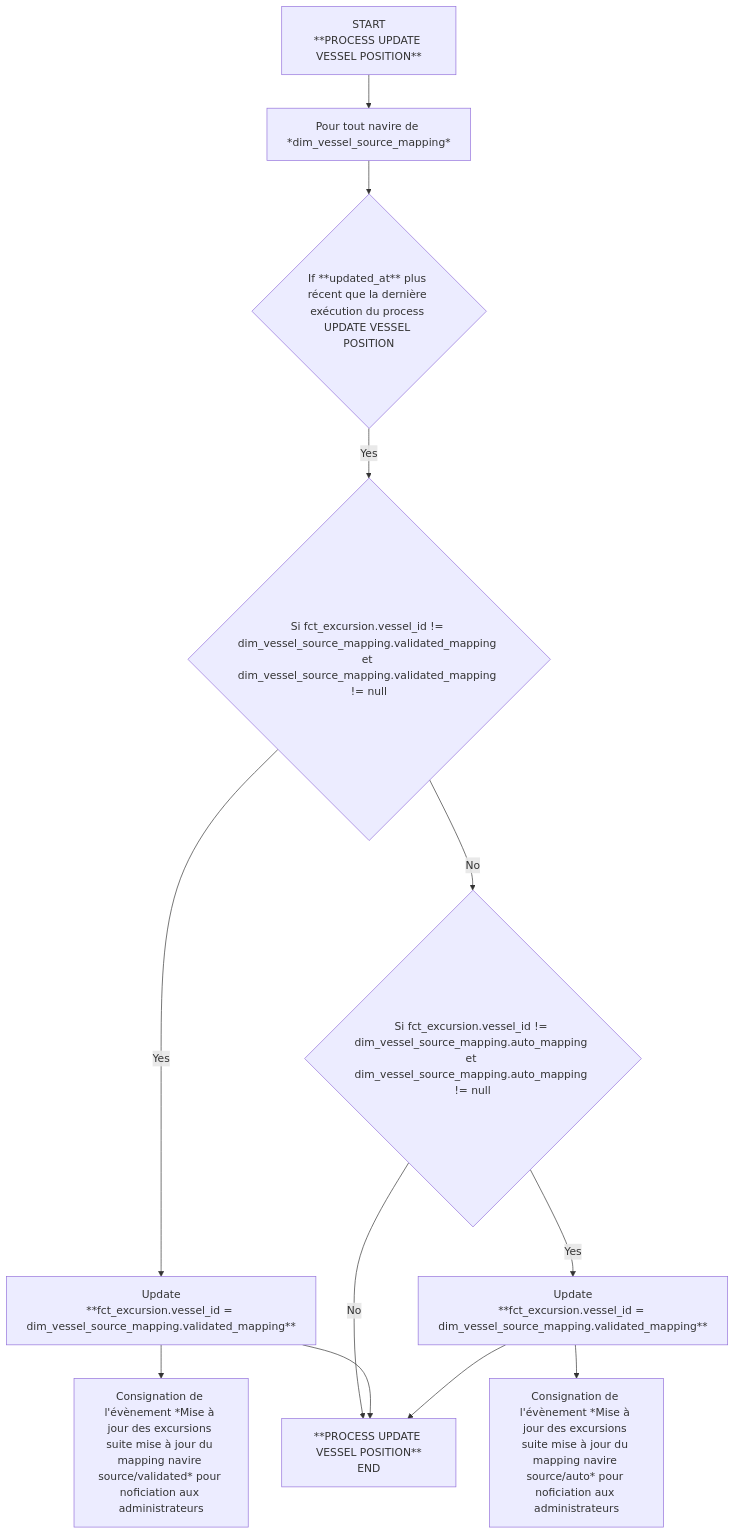
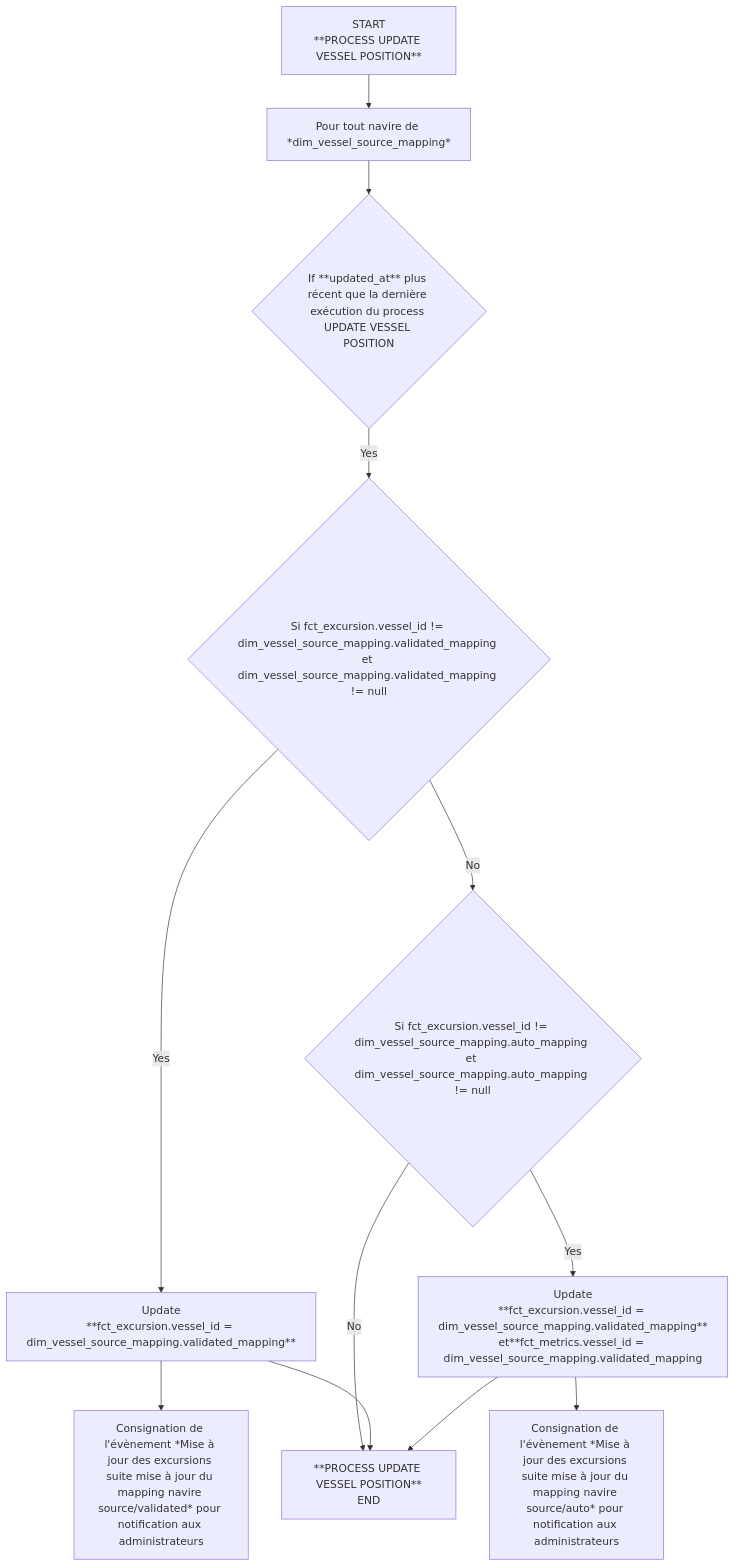
The third of 6 diagrams in docs/conception/vessel_identification.md (dataforgoodfr/12_bloom), drawn with Mermaid before and after one commit. The commit also changed other lines of this file, not shown here.

First line of the commit message:
Update vessel_identification.md + etape 4 et 5

````diff
--- a/docs/conception/vessel_identification.md
+++ b/docs/conception/vessel_identification.md
@@ -61,14 +61,14 @@
 ```mermaid
 graph TD;
     ISTART[START<br>**PROCESS UPDATE VESSEL POSITION**]-->I000
     I000[Pour tout navire de *dim_vessel_source_mapping* ]-->I001{If **updated_at** plus récent que la dernière exécution du process UPDATE VESSEL POSITION}
     I001-->|Yes|I002{"Si fct_excursion.vessel_id != dim_vessel_source_mapping.validated_mapping et dim_vessel_source_mapping.validated_mapping != null"}
     I002-->|Yes|I003["Update<br>**fct_excursion.vessel_id = dim_vessel_source_mapping.validated_mapping**"]
     I002-->|No|I004{"Si fct_excursion.vessel_id != dim_vessel_source_mapping.auto_mapping et dim_vessel_source_mapping.auto_mapping != null"}
-    I004-->|Yes|I005["Update<br>**fct_excursion.vessel_id = dim_vessel_source_mapping.validated_mapping**"]
-    I003-->ILOG001["Consignation de l'évènement *Mise à jour des excursions suite mise à jour du mapping navire source/validated* pour noficiation aux administrateurs"]
-    I005-->ILOG002["Consignation de l'évènement *Mise à jour des excursions suite mise à jour du mapping navire source/auto* pour noficiation aux administrateurs"]
+    I004-->|Yes|I005["Update<br>**fct_excursion.vessel_id = dim_vessel_source_mapping.validated_mapping**<br>et**fct_metrics.vessel_id = dim_vessel_source_mapping.validated_mapping"]
+    I003-->ILOG001["Consignation de l'évènement *Mise à jour des excursions suite mise à jour du mapping navire source/validated* pour notification aux administrateurs"]
+    I005-->ILOG002["Consignation de l'évènement *Mise à jour des excursions suite mise à jour du mapping navire source/auto* pour notification aux administrateurs"]
     I004-->|No|IEND
     I003-->IEND[**PROCESS UPDATE VESSEL POSITION**<br>END]
     I005-->IEND
 ```
````
